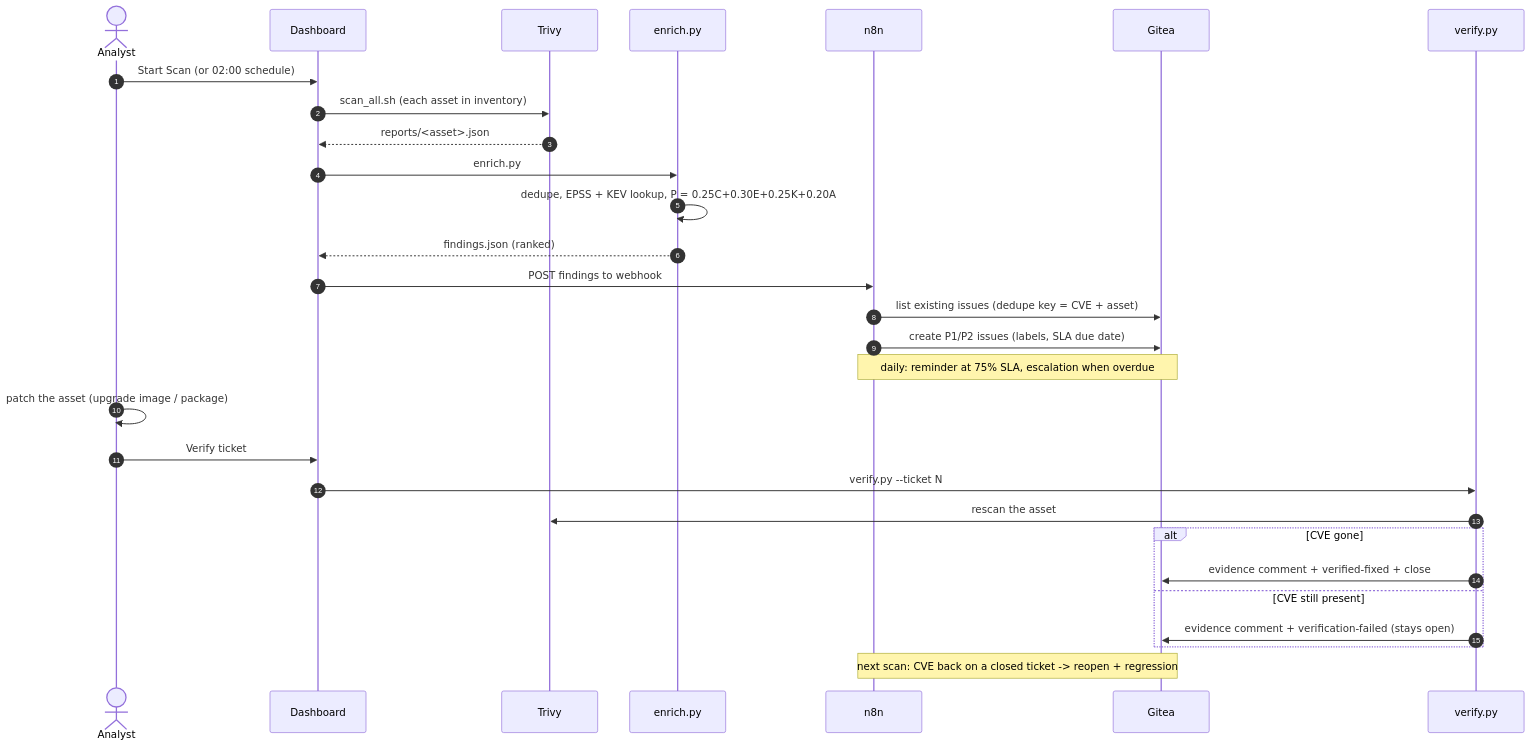
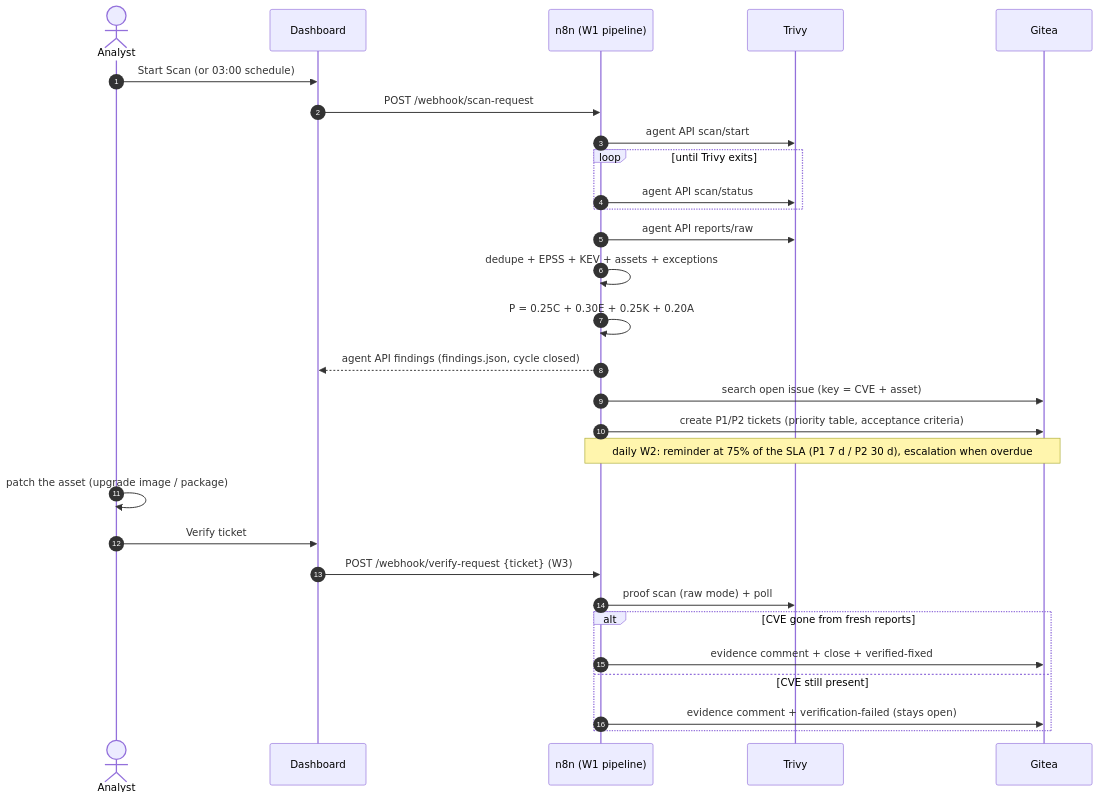
One commit to aminsmida2022-alt/Vulproject changed the diagram in documentation/report-kit/diagrams/d2-end-to-end-sequence.mmd. Above: the diagram before and after it, drawn with Mermaid. The commit also changed 49 other files, not shown here.

First line of the commit message:
n8n: secrets from env, verification evidence in dashboard, report kit for 3 workflows

```diff
--- a/documentation/report-kit/diagrams/d2-end-to-end-sequence.mmd
+++ b/documentation/report-kit/diagrams/d2-end-to-end-sequence.mmd
@@ -1,30 +1,30 @@
 sequenceDiagram
     autonumber
     actor Analyst
     participant D as Dashboard
+    participant N as n8n (W1 pipeline)
     participant T as Trivy
-    participant E as enrich.py
-    participant N as n8n
     participant G as Gitea
-    participant V as verify.py
 
-    Analyst->>D: Start Scan (or 02:00 schedule)
-    D->>T: scan_all.sh (each asset in inventory)
-    T-->>D: reports/<asset>.json
-    D->>E: enrich.py
-    E->>E: dedupe, EPSS + KEV lookup, P = 0.25C+0.30E+0.25K+0.20A
-    E-->>D: findings.json (ranked)
-    D->>N: POST findings to webhook
-    N->>G: list existing issues (dedupe key = CVE + asset)
-    N->>G: create P1/P2 issues (labels, SLA due date)
-    Note over N,G: daily: reminder at 75% SLA, escalation when overdue
+    Analyst->>D: Start Scan (or 03:00 schedule)
+    D->>N: POST /webhook/scan-request
+    N->>T: agent API scan/start
+    loop until Trivy exits
+        N->>T: agent API scan/status
+    end
+    N->>T: agent API reports/raw
+    N->>N: dedupe + EPSS + KEV + assets + exceptions
+    N->>N: P = 0.25C + 0.30E + 0.25K + 0.20A
+    N-->>D: agent API findings (findings.json, cycle closed)
+    N->>G: search open issue (key = CVE + asset)
+    N->>G: create P1/P2 tickets (priority table, acceptance criteria)
+    Note over N,G: daily W2: reminder at 75% of the SLA (P1 7 d / P2 30 d), escalation when overdue
     Analyst->>Analyst: patch the asset (upgrade image / package)
     Analyst->>D: Verify ticket
-    D->>V: verify.py --ticket N
-    V->>T: rescan the asset
-    alt CVE gone
-        V->>G: evidence comment + verified-fixed + close
+    D->>N: POST /webhook/verify-request {ticket}  (W3)
+    N->>T: proof scan (raw mode) + poll
+    alt CVE gone from fresh reports
+        N->>G: evidence comment + close + verified-fixed
     else CVE still present
-        V->>G: evidence comment + verification-failed (stays open)
+        N->>G: evidence comment + verification-failed (stays open)
     end
-    Note over N,G: next scan: CVE back on a closed ticket -> reopen + regression
```
